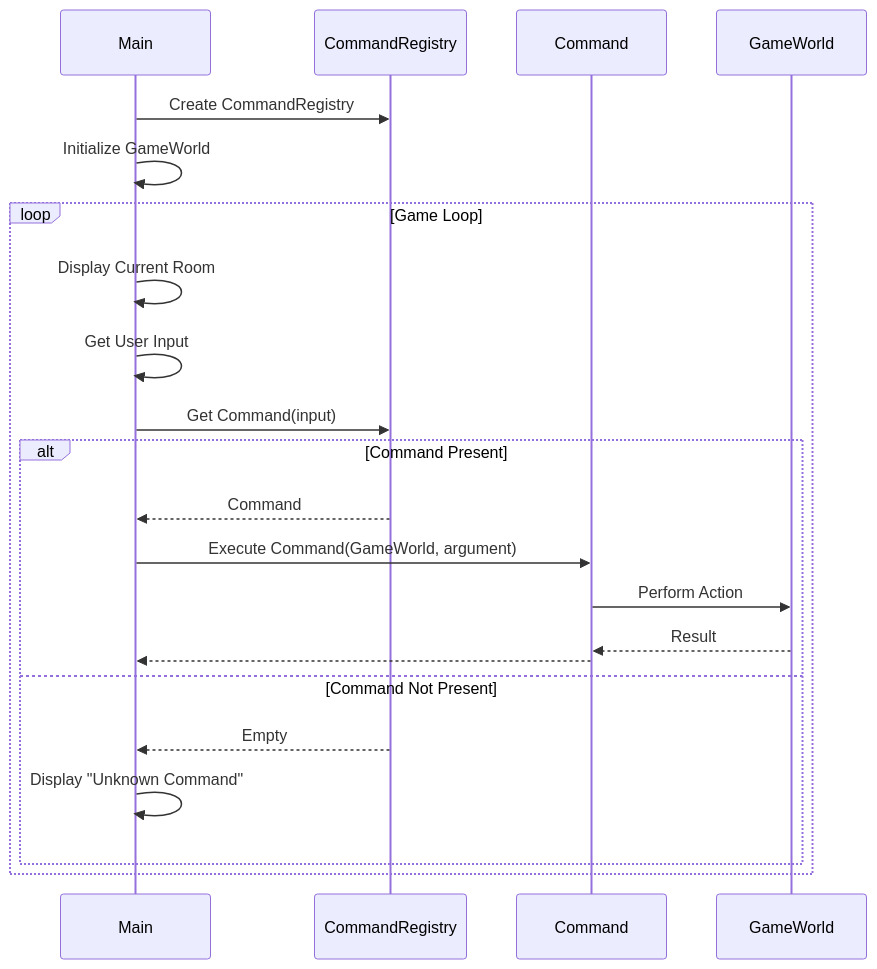
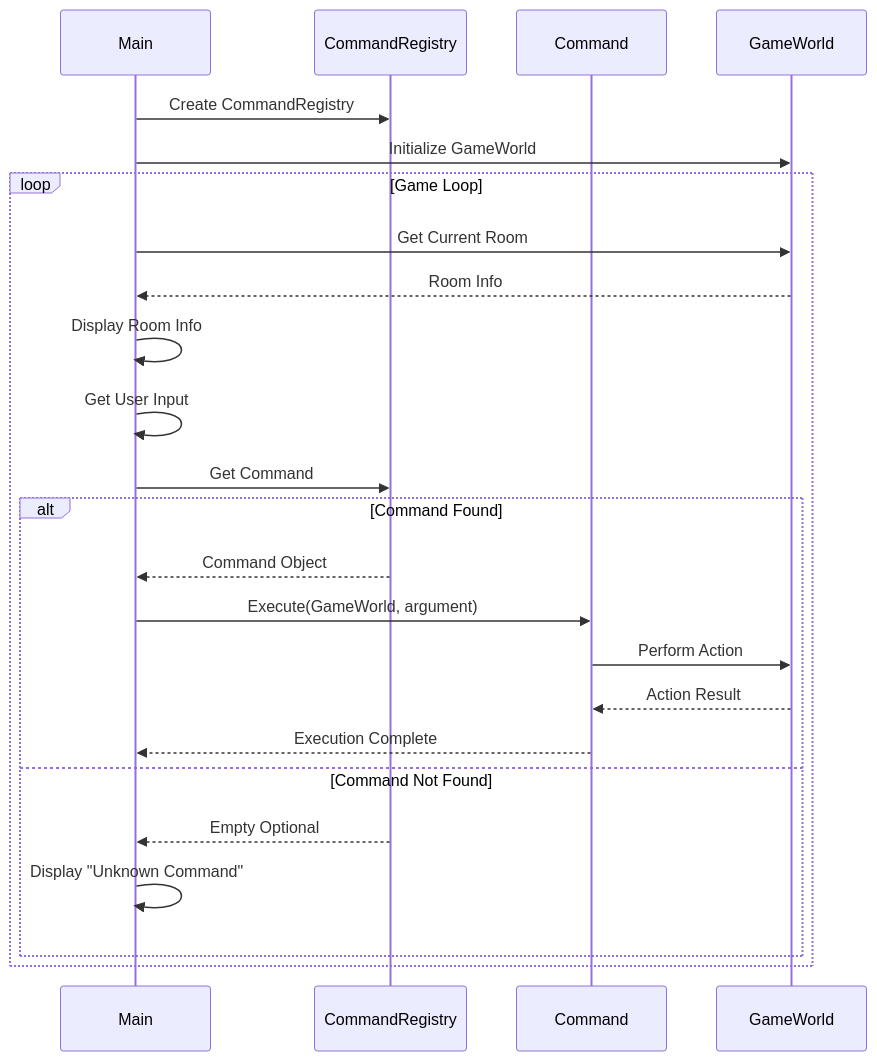
Before and after one commit to JoyAhan/Game_Engine: the second of 2 diagrams in ReadMe.md, drawn with Mermaid. The commit also changed other lines of this file and 6 other files, not shown here.

````diff
--- a/ReadMe.md
+++ b/ReadMe.md
@@ -56,25 +56,27 @@
 ```mermaid
 sequenceDiagram
     participant M as Main
     participant CR as CommandRegistry
     participant C as Command
     participant GW as GameWorld
 
     M->>CR: Create CommandRegistry
-    M->>M: Initialize GameWorld
+    M->>GW: Initialize GameWorld
     loop Game Loop
-        M->>M: Display Current Room
+        M->>GW: Get Current Room
+        GW-->>M: Room Info
+        M->>M: Display Room Info
         M->>M: Get User Input
-        M->>CR: Get Command(input)
-        alt Command Present
-            CR-->>M: Command
-            M->>C: Execute Command(GameWorld, argument)
+        M->>CR: Get Command
+        alt Command Found
+            CR-->>M: Command Object
+            M->>C: Execute(GameWorld, argument)
             C->>GW: Perform Action
-            GW-->>C: Result
-            C-->>M:
-        else Command Not Present
-            CR-->>M: Empty
+            GW-->>C: Action Result
+            C-->>M: Execution Complete
+        else Command Not Found
+            CR-->>M: Empty Optional
             M->>M: Display "Unknown Command"
         end
     end
 ```
````
